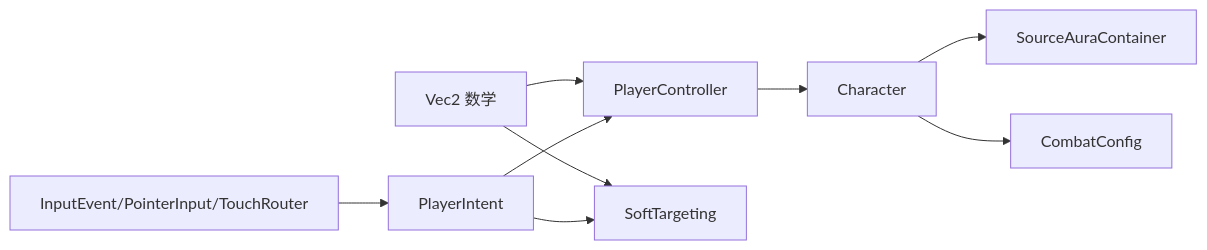
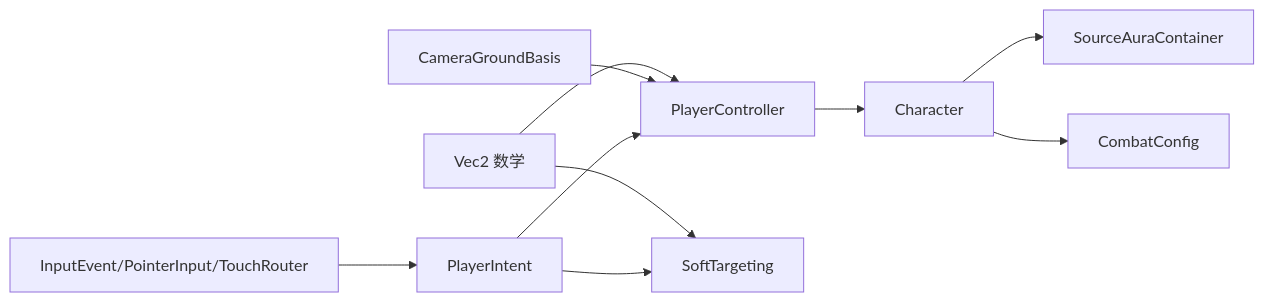
One commit to sj123sheng/my-world changed the eighth of 8 diagrams in .qoder/repowiki/zh/content/游戏逻辑系统/玩家控制系统.md. Above: the diagram before and after it, drawn with Mermaid. The commit also changed other lines of this file and 28 other files, not shown here.

````diff
--- a/.qoder/repowiki/zh/content/游戏逻辑系统/玩家控制系统.md
+++ b/.qoder/repowiki/zh/content/游戏逻辑系统/玩家控制系统.md
@@ -338,11 +367,12 @@
 ```mermaid
 graph LR
 Vec2["Vec2 数学"] --> PC["PlayerController"]
+CGB["CameraGroundBasis"] --> PC
 Vec2 --> ST["SoftTargeting"]
 PC --> Char["Character"]
 Char --> SA["SourceAuraContainer"]
 Char --> CC["CombatConfig"]
 Input["InputEvent/PointerInput/TouchRouter"] --> Intent["PlayerIntent"]
 Intent --> PC
 Intent --> ST
 ```
````
